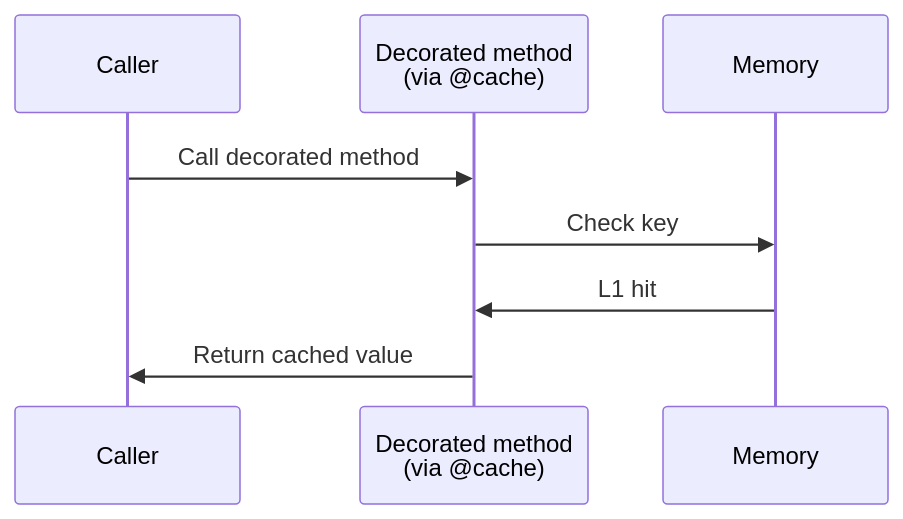
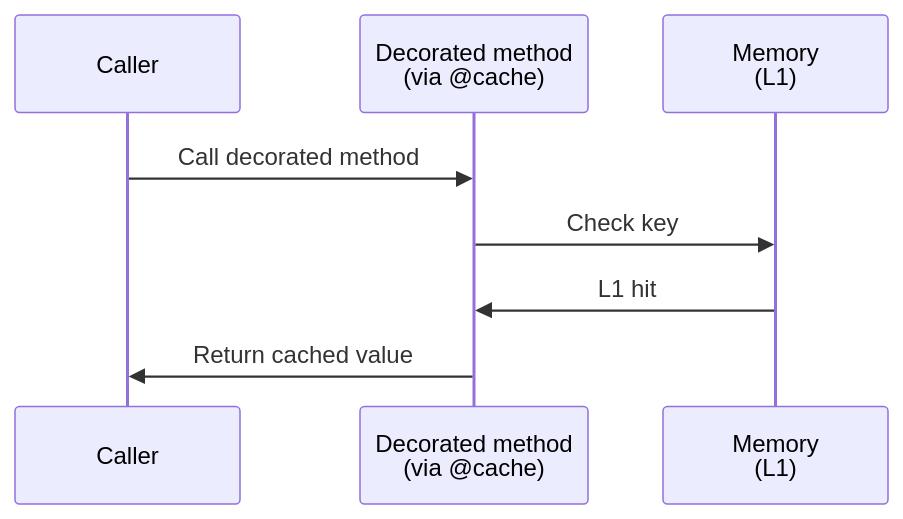
The first of 9 diagrams in lib/util/cache/package/readme.md (renovatebot/renovate), drawn with Mermaid before and after one commit. The commit also changed other lines of this file, not shown here.

````diff
--- a/lib/util/cache/package/readme.md
+++ b/lib/util/cache/package/readme.md
@@ -22,11 +22,11 @@
 ```mermaid
 sequenceDiagram
     participant C as Caller
     participant D as Decorated method <br/>(via @cache)
-    participant L1 as Memory
+    participant L1 as Memory <br/>(L1)
 
     C->>D: Call decorated method
     D->>L1: Check key
     L1->>D: L1 hit
     D->>C: Return cached value
 ```
````
